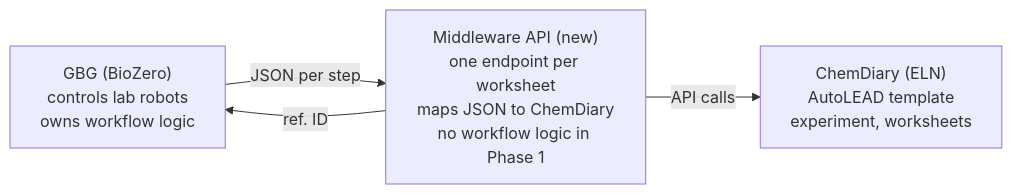
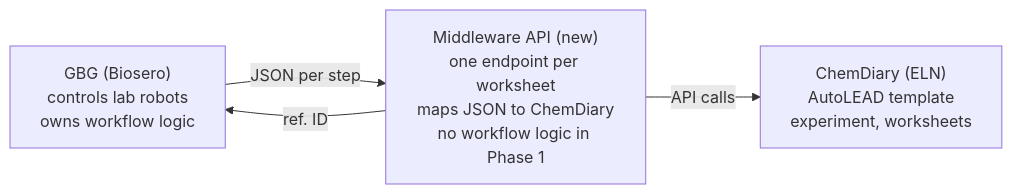
Before and after one commit to DeboSanofi/AI-AutoLEAD: the diagram in docs/BRD.md, drawn with Mermaid. The commit also changed other lines of this file and 6 other files, not shown here.

First line of the commit message:
Add workflow scenarios with sequence diagrams; rename BioZero to Biosero

````diff
--- a/docs/BRD.md
+++ b/docs/BRD.md
@@ -63,9 +63,9 @@
 ```mermaid
 flowchart LR
-    GBG["GBG (BioZero)<br/>controls lab robots<br/>owns workflow logic"]
+    GBG["GBG (Biosero)<br/>controls lab robots<br/>owns workflow logic"]
     MW["Middleware API (new)<br/>one endpoint per worksheet<br/>maps JSON to ChemDiary<br/>no workflow logic in Phase 1"]
     CD["ChemDiary (ELN)<br/>AutoLEAD template<br/>experiment, worksheets"]
     GBG -- "JSON per step" --> MW
     MW -- "API calls" --> CD
     MW -- "ref. ID" --> GBG
 ```
````
